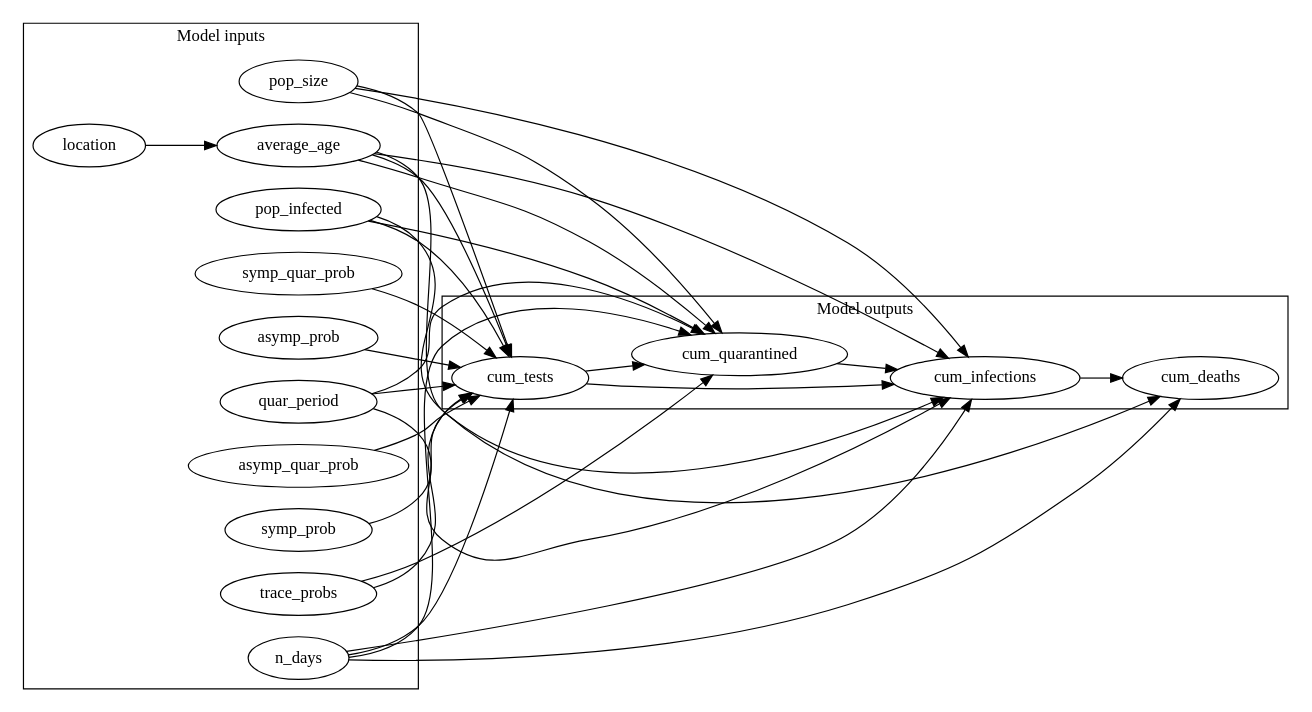
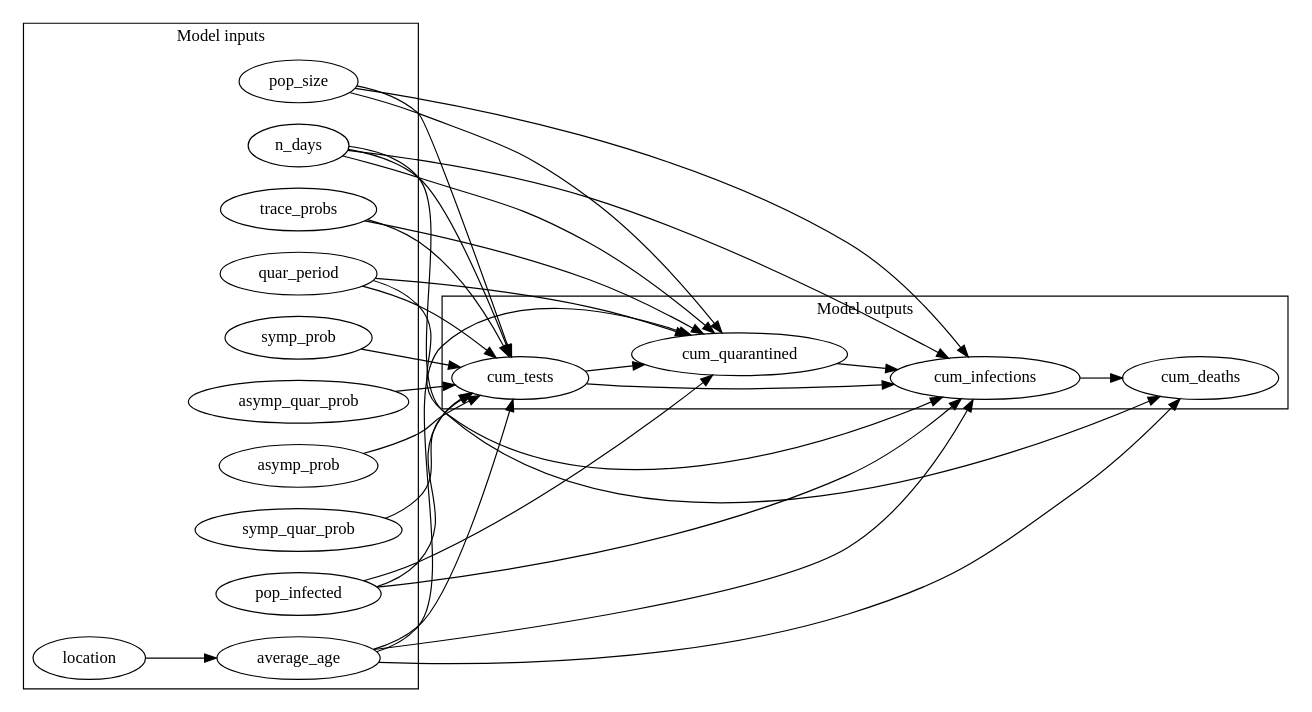
One commit to CITCOM-project/causcumber changed the diagram in scenarios/abstract/dags/compare_interventions_basic.dot. Above: the diagram before and after it, drawn with Graphviz. The commit also changed other lines of this file and 13 other files, not shown here.

```diff
--- a/scenarios/abstract/dags/compare_interventions_basic.dot
+++ b/scenarios/abstract/dags/compare_interventions_basic.dot
@@ -1,54 +1,54 @@
 digraph "" {
 	graph [newrank=True,
 		rankdir=LR
 	];
+	subgraph cluster_inputs {
+		graph [label="Model inputs"];
+		location;
+		asymp_quar_prob;
+		pop_infected;
+		asymp_prob;
+		trace_probs;
+		quar_period;
+		average_age;
+		symp_prob;
+		n_days;
+		pop_size;
+		symp_quar_prob;
+	}
 	subgraph cluster_outputs {
 		graph [label="Model outputs"];
+		cum_deaths;
 		cum_tests;
-		cum_deaths;
 		cum_infections;
 		cum_quarantined;
 	}
-	subgraph cluster_inputs {
-		graph [label="Model inputs"];
-		trace_probs;
-		asymp_prob;
-		quar_period;
-		asymp_quar_prob;
-		location;
-		pop_infected;
-		symp_quar_prob;
-		n_days;
-		average_age;
-		pop_size;
-		symp_prob;
-	}
+	location -> average_age;
+	asymp_quar_prob -> cum_tests;
+	pop_infected -> cum_tests;
+	pop_infected -> cum_infections;
+	pop_infected -> cum_quarantined;
+	asymp_prob -> cum_tests;
 	trace_probs -> cum_tests;
 	trace_probs -> cum_quarantined;
-	asymp_prob -> cum_tests;
 	quar_period -> cum_tests;
 	quar_period -> cum_infections;
 	quar_period -> cum_quarantined;
-	asymp_quar_prob -> cum_tests;
-	location -> average_age;
-	pop_infected -> cum_tests;
-	pop_infected -> cum_infections;
-	pop_infected -> cum_quarantined;
-	symp_quar_prob -> cum_tests;
+	average_age -> cum_deaths;
+	average_age -> cum_tests;
+	average_age -> cum_infections;
+	average_age -> cum_quarantined;
+	symp_prob -> cum_tests;
+	n_days -> cum_deaths;
 	n_days -> cum_tests;
-	n_days -> cum_deaths;
 	n_days -> cum_infections;
 	n_days -> cum_quarantined;
-	average_age -> cum_tests;
-	average_age -> cum_deaths;
-	average_age -> cum_infections;
-	average_age -> cum_quarantined;
 	pop_size -> cum_tests;
 	pop_size -> cum_infections;
 	pop_size -> cum_quarantined;
-	symp_prob -> cum_tests;
+	symp_quar_prob -> cum_tests;
 	cum_tests -> cum_infections;
 	cum_tests -> cum_quarantined;
 	cum_infections -> cum_deaths;
 	cum_quarantined -> cum_infections;
 }
```
